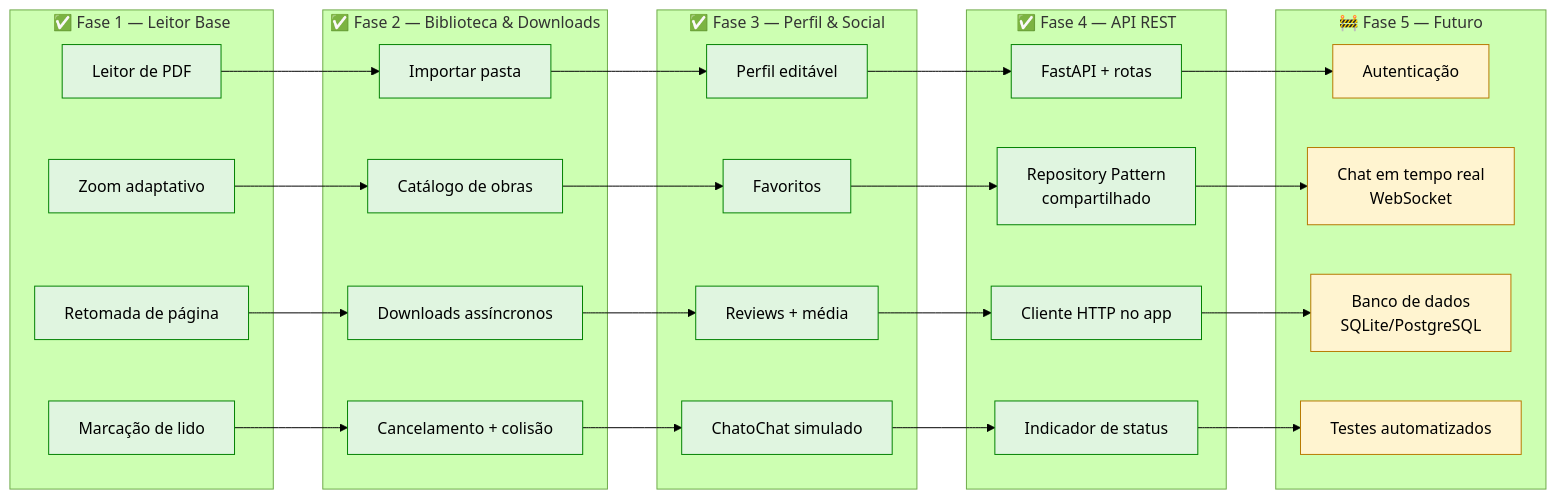
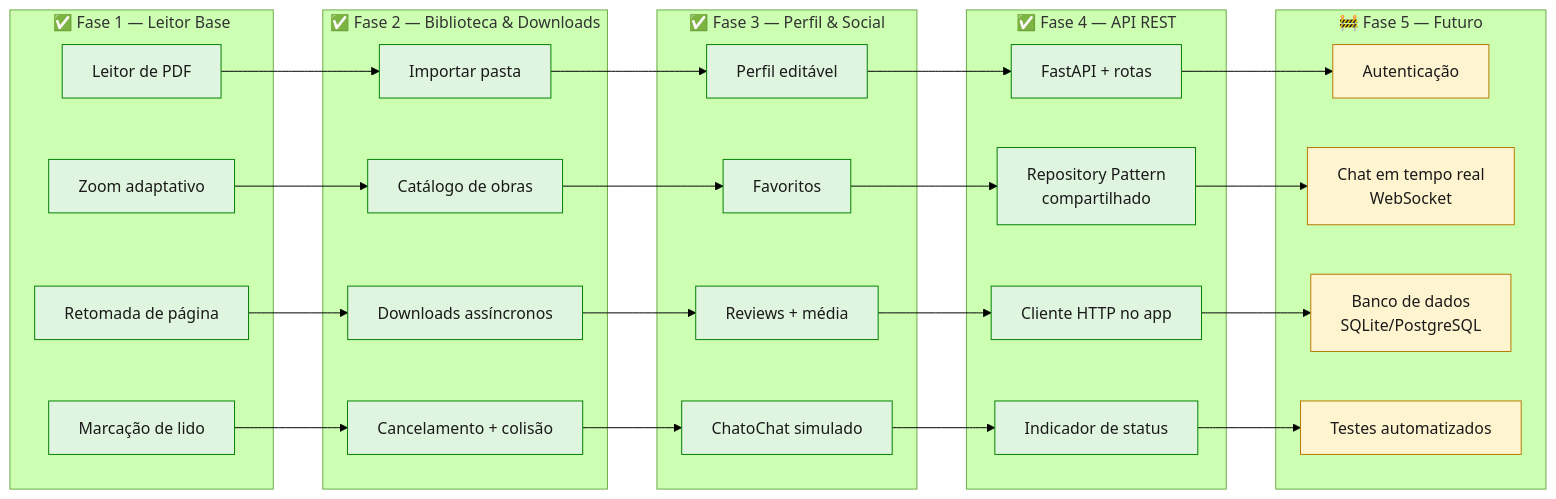
One commit to lordepeter/PDF_Reader changed the fourth of 4 diagrams in README.md. Above: the diagram before and after it, drawn with Mermaid (forest theme). The commit also changed other lines of this file, not shown here.

````diff
--- a/README.md
+++ b/README.md
@@ -203,75 +211,75 @@
 ```mermaid
 graph LR
     subgraph "✅ Fase 1 — Leitor Base"
         F1A[Leitor de PDF]
         F1B[Zoom adaptativo]
         F1C[Retomada de página]
         F1D[Marcação de lido]
     end
 
     subgraph "✅ Fase 2 — Biblioteca & Downloads"
         F2A[Importar pasta]
         F2B[Catálogo de obras]
         F2C[Downloads assíncronos]
         F2D[Cancelamento + colisão]
     end
 
     subgraph "✅ Fase 3 — Perfil & Social"
         F3A[Perfil editável]
         F3B[Favoritos]
         F3C[Reviews + média]
         F3D[ChatoChat simulado]
     end
 
     subgraph "✅ Fase 4 — API REST"
         F4A[FastAPI + rotas]
         F4B[Repository Pattern<br/>compartilhado]
         F4C[Cliente HTTP no app]
         F4D[Indicador de status]
     end
 
     subgraph "🚧 Fase 5 — Futuro"
         F5A[Autenticação]
         F5B[Chat em tempo real<br/>WebSocket]
         F5C[Banco de dados<br/>SQLite/PostgreSQL]
         F5D[Testes automatizados]
     end
 
     F1A --> F2A
     F1B --> F2B
     F1C --> F2C
     F1D --> F2D
     F2A --> F3A
     F2B --> F3B
     F2C --> F3C
     F2D --> F3D
     F3A --> F4A
     F3B --> F4B
     F3C --> F4C
     F3D --> F4D
     F4A --> F5A
     F4B --> F5B
     F4C --> F5C
     F4D --> F5D
 
-    style F1A fill:#E0F5E0,stroke:#008000
-    style F1B fill:#E0F5E0,stroke:#008000
-    style F1C fill:#E0F5E0,stroke:#008000
-    style F1D fill:#E0F5E0,stroke:#008000
-    style F2A fill:#E0F5E0,stroke:#008000
-    style F2B fill:#E0F5E0,stroke:#008000
-    style F2C fill:#E0F5E0,stroke:#008000
-    style F2D fill:#E0F5E0,stroke:#008000
-    style F3A fill:#E0F5E0,stroke:#008000
-    style F3B fill:#E0F5E0,stroke:#008000
-    style F3C fill:#E0F5E0,stroke:#008000
-    style F3D fill:#E0F5E0,stroke:#008000
-    style F4A fill:#E0F5E0,stroke:#008000
-    style F4B fill:#E0F5E0,stroke:#008000
-    style F4C fill:#E0F5E0,stroke:#008000
-    style F4D fill:#E0F5E0,stroke:#008000
-    style F5A fill:#FFF4D0,stroke:#B77900
-    style F5B fill:#FFF4D0,stroke:#B77900
-    style F5C fill:#FFF4D0,stroke:#B77900
-    style F5D fill:#FFF4D0,stroke:#B77900
+    style F1A fill:#E0F5E0,stroke:#008000,color:#1a1a1a
+    style F1B fill:#E0F5E0,stroke:#008000,color:#1a1a1a
+    style F1C fill:#E0F5E0,stroke:#008000,color:#1a1a1a
+    style F1D fill:#E0F5E0,stroke:#008000,color:#1a1a1a
+    style F2A fill:#E0F5E0,stroke:#008000,color:#1a1a1a
+    style F2B fill:#E0F5E0,stroke:#008000,color:#1a1a1a
+    style F2C fill:#E0F5E0,stroke:#008000,color:#1a1a1a
+    style F2D fill:#E0F5E0,stroke:#008000,color:#1a1a1a
+    style F3A fill:#E0F5E0,stroke:#008000,color:#1a1a1a
+    style F3B fill:#E0F5E0,stroke:#008000,color:#1a1a1a
+    style F3C fill:#E0F5E0,stroke:#008000,color:#1a1a1a
+    style F3D fill:#E0F5E0,stroke:#008000,color:#1a1a1a
+    style F4A fill:#E0F5E0,stroke:#008000,color:#1a1a1a
+    style F4B fill:#E0F5E0,stroke:#008000,color:#1a1a1a
+    style F4C fill:#E0F5E0,stroke:#008000,color:#1a1a1a
+    style F4D fill:#E0F5E0,stroke:#008000,color:#1a1a1a
+    style F5A fill:#FFF4D0,stroke:#B77900,color:#1a1a1a
+    style F5B fill:#FFF4D0,stroke:#B77900,color:#1a1a1a
+    style F5C fill:#FFF4D0,stroke:#B77900,color:#1a1a1a
+    style F5D fill:#FFF4D0,stroke:#B77900,color:#1a1a1a
 ```
````
